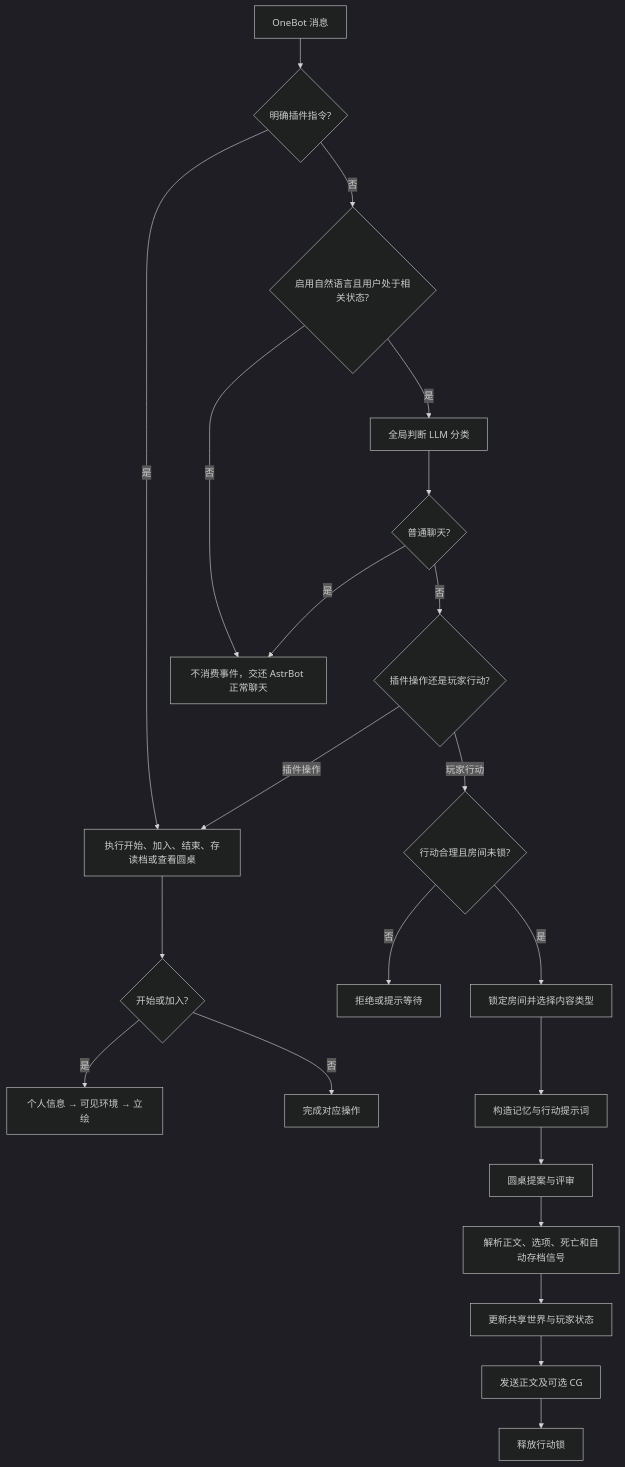
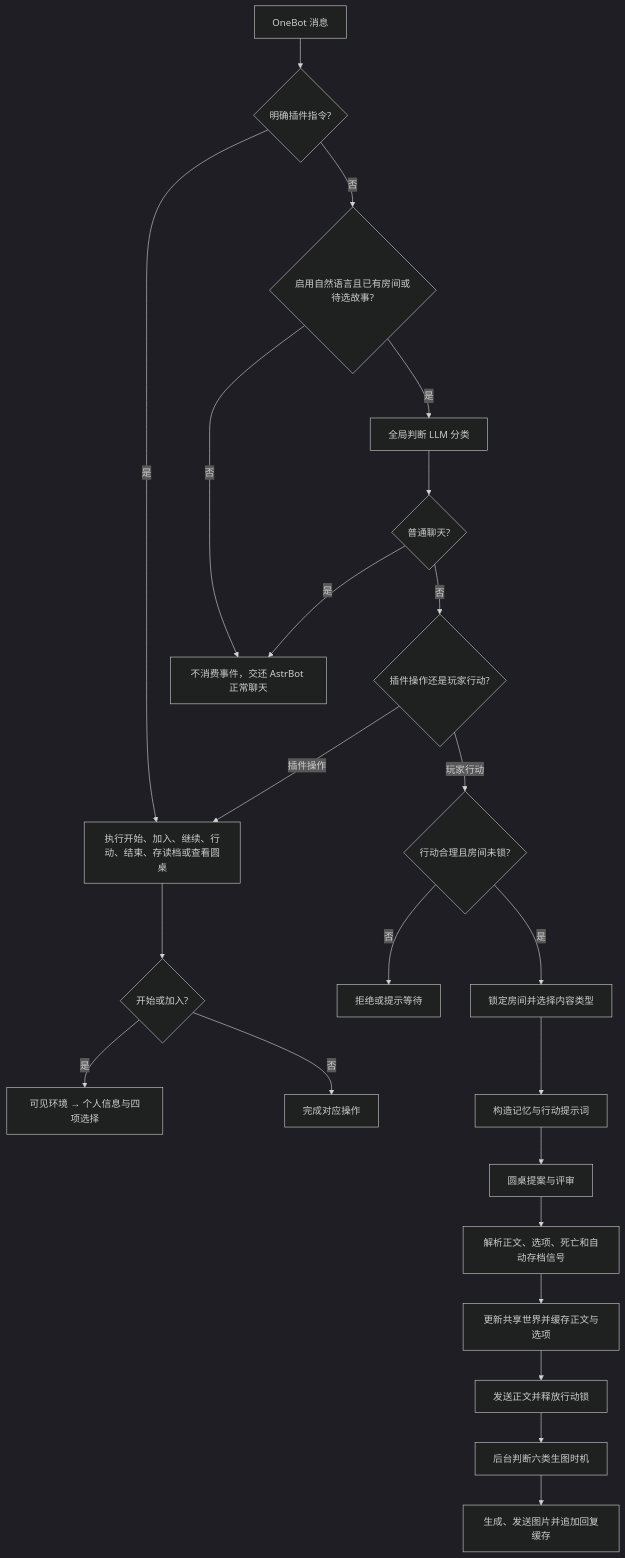
The diagram in docs/ARCHITECTURE.md (Lan-0v0/astrbot_plugin_ai_interactive_fiction), drawn with Mermaid (dark theme) before and after one commit. The commit also changed other lines of this file and 18 other files, not shown here.

````diff
--- a/docs/ARCHITECTURE.md
+++ b/docs/ARCHITECTURE.md
@@ -7,24 +7,25 @@
 ```mermaid
 flowchart TD
     A["OneBot 消息"] --> B{"明确插件指令?"}
-    B -- 是 --> C["执行开始、加入、结束、存读档或查看圆桌"]
-    B -- 否 --> D{"启用自然语言且用户处于相关状态?"}
+    B -- 是 --> C["执行开始、加入、继续、行动、结束、存读档或查看圆桌"]
+    B -- 否 --> D{"启用自然语言且已有房间或待选故事?"}
     D -- 否 --> E["不消费事件，交还 AstrBot 正常聊天"]
     D -- 是 --> F["全局判断 LLM 分类"]
     F --> G{"普通聊天?"}
     G -- 是 --> E
     G -- 否 --> H{"插件操作还是玩家行动?"}
     H -- 插件操作 --> C
     C --> C0{"开始或加入?"}
-    C0 -- 是 --> C1["个人信息 → 可见环境 → 立绘"]
+    C0 -- 是 --> C1["可见环境 → 个人信息与四项选择"]
     C0 -- 否 --> C2["完成对应操作"]
     H -- 玩家行动 --> I{"行动合理且房间未锁?"}
     I -- 否 --> J["拒绝或提示等待"]
     I -- 是 --> K["锁定房间并选择内容类型"]
     K --> L["构造记忆与行动提示词"]
     L --> M["圆桌提案与评审"]
     M --> N["解析正文、选项、死亡和自动存档信号"]
-    N --> O["更新共享世界与玩家状态"]
-    O --> P["发送正文及可选 CG"]
-    P --> Q["释放行动锁"]
+    N --> O["更新共享世界并缓存正文与选项"]
+    O --> P["发送正文并释放行动锁"]
+    P --> Q["后台判断六类生图时机"]
+    Q --> R["生成、发送图片并追加回复缓存"]
 ```
````
